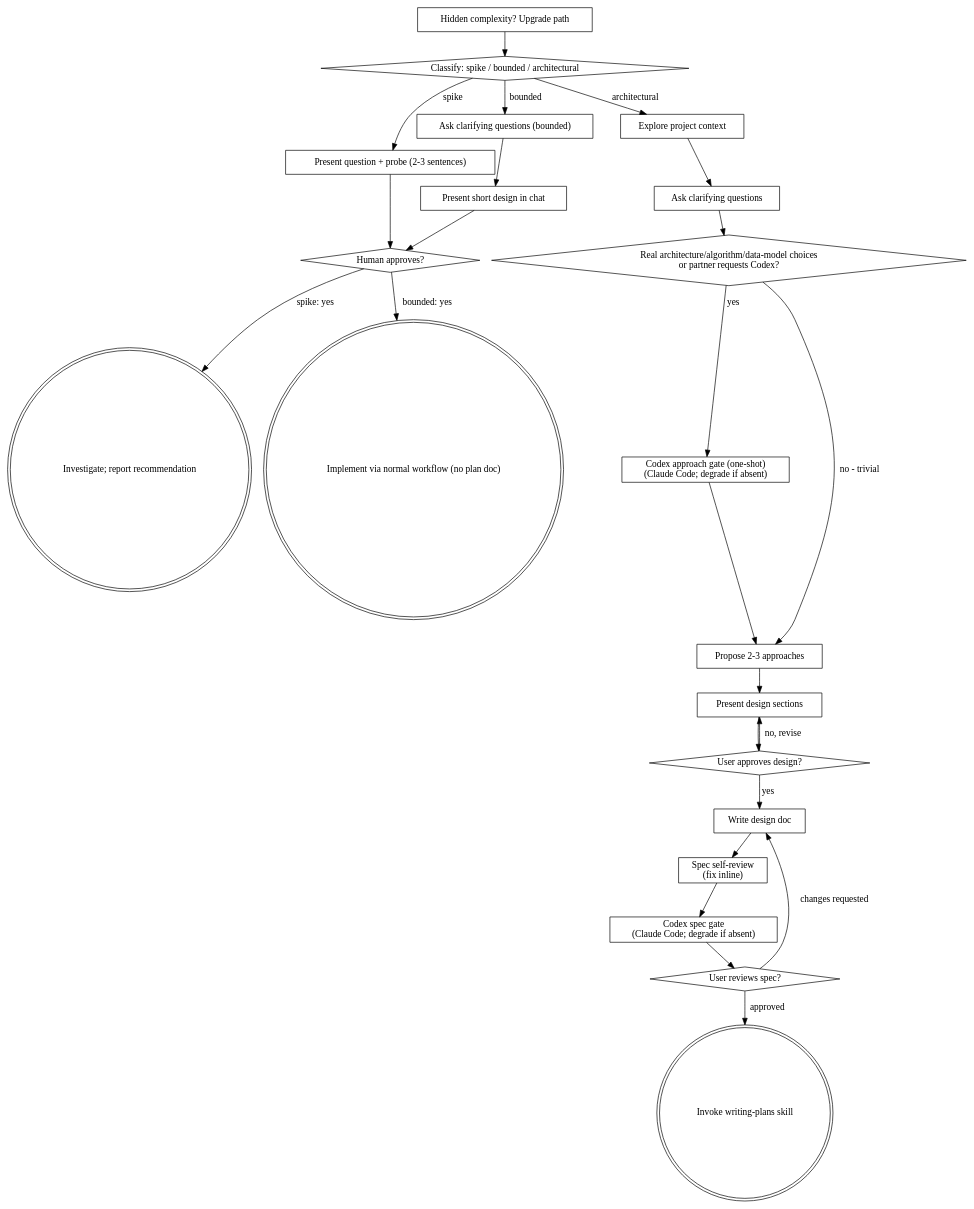
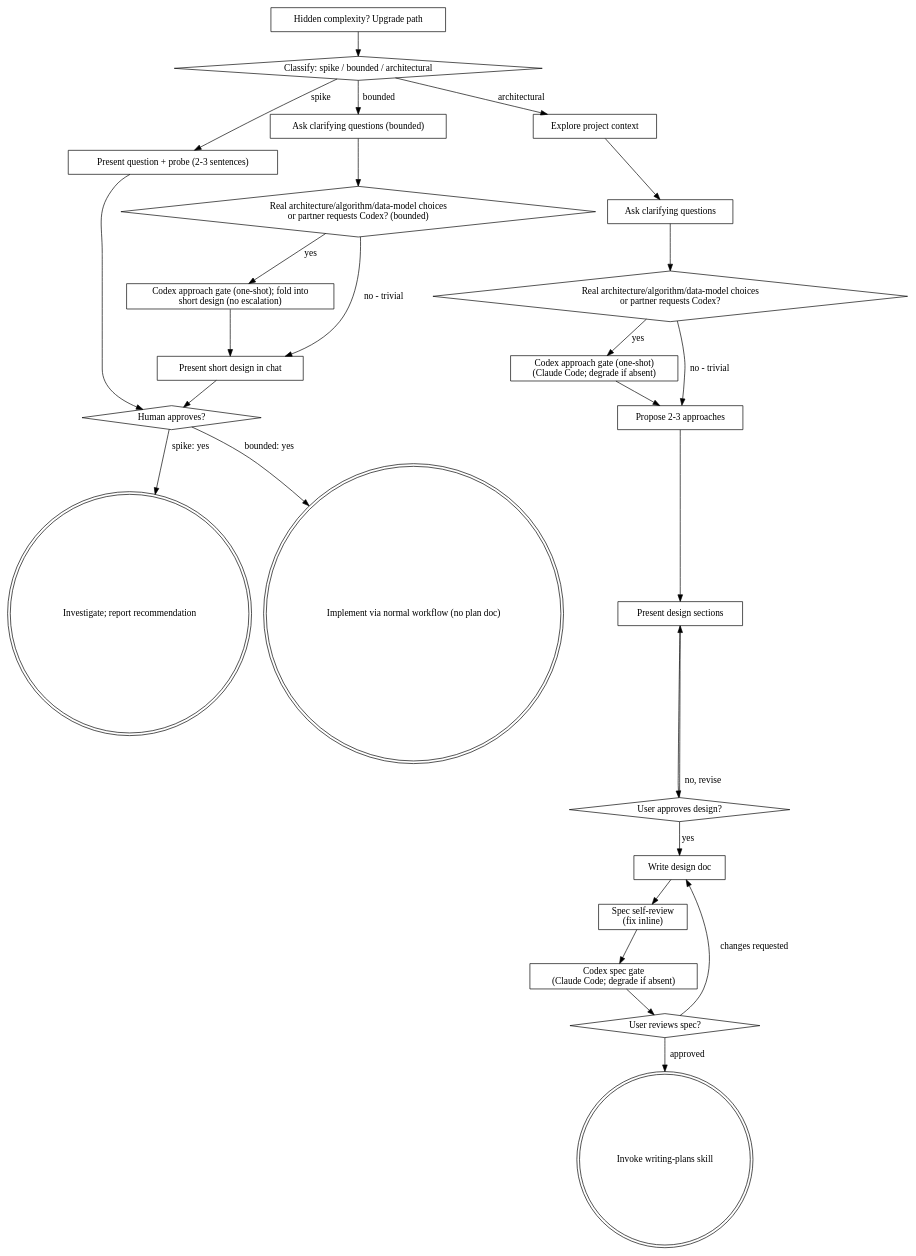
Before and after one commit to scott-arne/hyperpowers: the diagram in skills/brainstorming/SKILL.md, drawn with Graphviz.

Commit message:
fix(brainstorming): digraph carries the bounded-path approach gate

````diff
--- a/skills/brainstorming/SKILL.md
+++ b/skills/brainstorming/SKILL.md
@@ -126,48 +126,53 @@
 ```dot
 digraph brainstorming {
     "Classify: spike / bounded / architectural" [shape=diamond];
     "Present question + probe (2-3 sentences)" [shape=box];
     "Ask clarifying questions (bounded)" [shape=box];
+    "Real architecture/algorithm/data-model choices\nor partner requests Codex? (bounded)" [shape=diamond];
+    "Codex approach gate (one-shot); fold into\nshort design (no escalation)" [shape=box];
     "Present short design in chat" [shape=box];
     "Human approves?" [shape=diamond];
     "Investigate; report recommendation" [shape=doublecircle];
     "Implement via normal workflow (no plan doc)" [shape=doublecircle];
     "Explore project context" [shape=box];
     "Ask clarifying questions" [shape=box];
     "Real architecture/algorithm/data-model choices\nor partner requests Codex?" [shape=diamond];
     "Codex approach gate (one-shot)\n(Claude Code; degrade if absent)" [shape=box];
     "Propose 2-3 approaches" [shape=box];
     "Present design sections" [shape=box];
     "User approves design?" [shape=diamond];
     "Write design doc" [shape=box];
     "Spec self-review\n(fix inline)" [shape=box];
     "Codex spec gate\n(Claude Code; degrade if absent)" [shape=box];
     "User reviews spec?" [shape=diamond];
     "Invoke writing-plans skill" [shape=doublecircle];
     "Hidden complexity? Upgrade path" [shape=box];
 
     "Classify: spike / bounded / architectural" -> "Present question + probe (2-3 sentences)" [label="spike"];
     "Classify: spike / bounded / architectural" -> "Ask clarifying questions (bounded)" [label="bounded"];
     "Classify: spike / bounded / architectural" -> "Explore project context" [label="architectural"];
     "Present question + probe (2-3 sentences)" -> "Human approves?";
-    "Ask clarifying questions (bounded)" -> "Present short design in chat";
+    "Ask clarifying questions (bounded)" -> "Real architecture/algorithm/data-model choices\nor partner requests Codex? (bounded)";
+    "Real architecture/algorithm/data-model choices\nor partner requests Codex? (bounded)" -> "Codex approach gate (one-shot); fold into\nshort design (no escalation)" [label="yes"];
+    "Real architecture/algorithm/data-model choices\nor partner requests Codex? (bounded)" -> "Present short design in chat" [label="no - trivial"];
+    "Codex approach gate (one-shot); fold into\nshort design (no escalation)" -> "Present short design in chat";
     "Present short design in chat" -> "Human approves?";
     "Human approves?" -> "Investigate; report recommendation" [label="spike: yes"];
     "Human approves?" -> "Implement via normal workflow (no plan doc)" [label="bounded: yes"];
     "Hidden complexity? Upgrade path" -> "Classify: spike / bounded / architectural";
     "Explore project context" -> "Ask clarifying questions";
     "Ask clarifying questions" -> "Real architecture/algorithm/data-model choices\nor partner requests Codex?";
     "Real architecture/algorithm/data-model choices\nor partner requests Codex?" -> "Codex approach gate (one-shot)\n(Claude Code; degrade if absent)" [label="yes"];
     "Real architecture/algorithm/data-model choices\nor partner requests Codex?" -> "Propose 2-3 approaches" [label="no - trivial"];
     "Codex approach gate (one-shot)\n(Claude Code; degrade if absent)" -> "Propose 2-3 approaches";
     "Propose 2-3 approaches" -> "Present design sections";
     "Present design sections" -> "User approves design?";
     "User approves design?" -> "Present design sections" [label="no, revise"];
     "User approves design?" -> "Write design doc" [label="yes"];
     "Write design doc" -> "Spec self-review\n(fix inline)";
     "Spec self-review\n(fix inline)" -> "Codex spec gate\n(Claude Code; degrade if absent)";
     "Codex spec gate\n(Claude Code; degrade if absent)" -> "User reviews spec?";
     "User reviews spec?" -> "Write design doc" [label="changes requested"];
     "User reviews spec?" -> "Invoke writing-plans skill" [label="approved"];
 }
 ```
````
